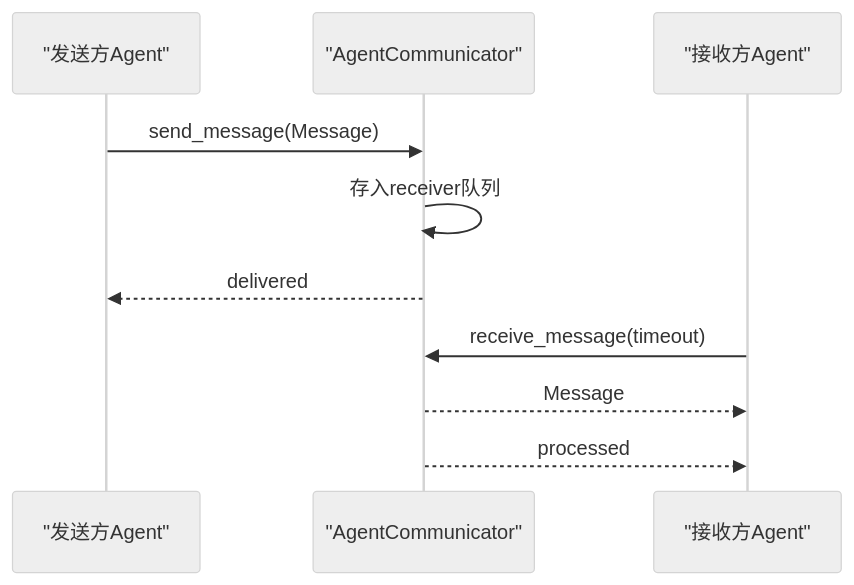
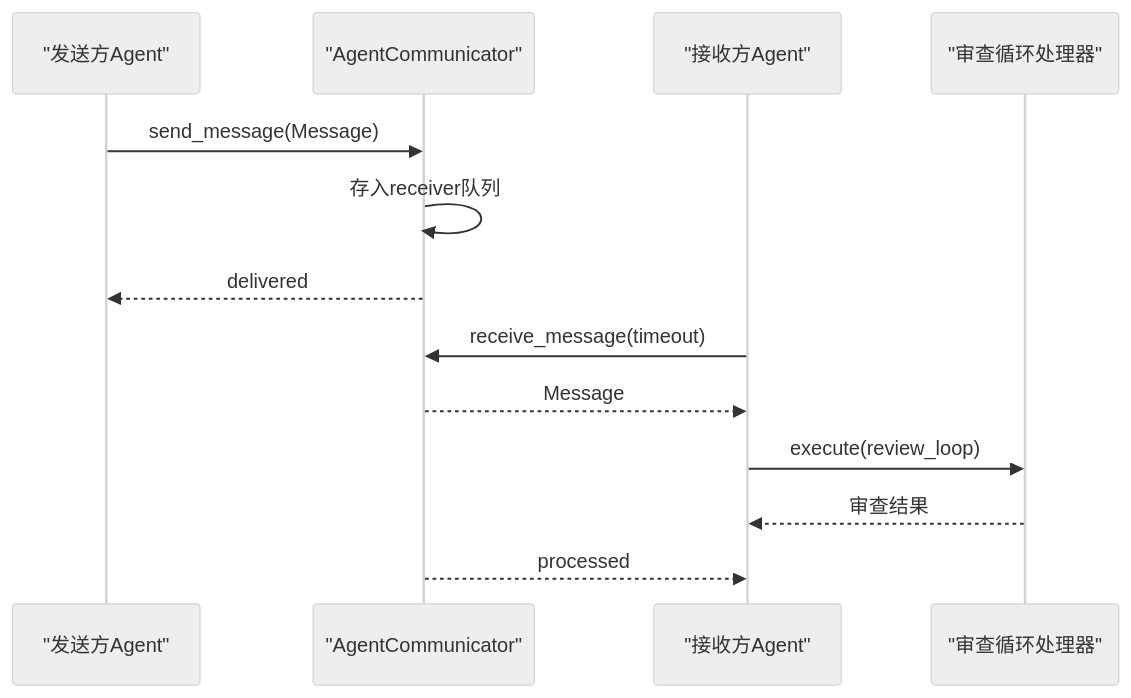
One commit to xfbyxq/ai-novel-system changed the ninth of 10 diagrams in .qoder/repowiki/zh/content/AI智能体系统/AI智能体系统.md. Above: the diagram before and after it, drawn with Mermaid (neutral theme). The commit also changed other lines of this file and 10 other files, not shown here.

````diff
--- a/.qoder/repowiki/zh/content/AI智能体系统/AI智能体系统.md
+++ b/.qoder/repowiki/zh/content/AI智能体系统/AI智能体系统.md
@@ -204,12 +531,15 @@
 ```mermaid
 sequenceDiagram
 participant Sender as "发送方Agent"
 participant Comm as "AgentCommunicator"
 participant Receiver as "接收方Agent"
+participant Review as "审查循环处理器"
 Sender->>Comm : send_message(Message)
 Comm->>Comm : 存入receiver队列
 Comm-->>Sender : delivered
 Receiver->>Comm : receive_message(timeout)
 Comm-->>Receiver : Message
+Receiver->>Review : execute(review_loop)
+Review-->>Receiver : 审查结果
 Comm-->>Receiver : processed
 ```
````
